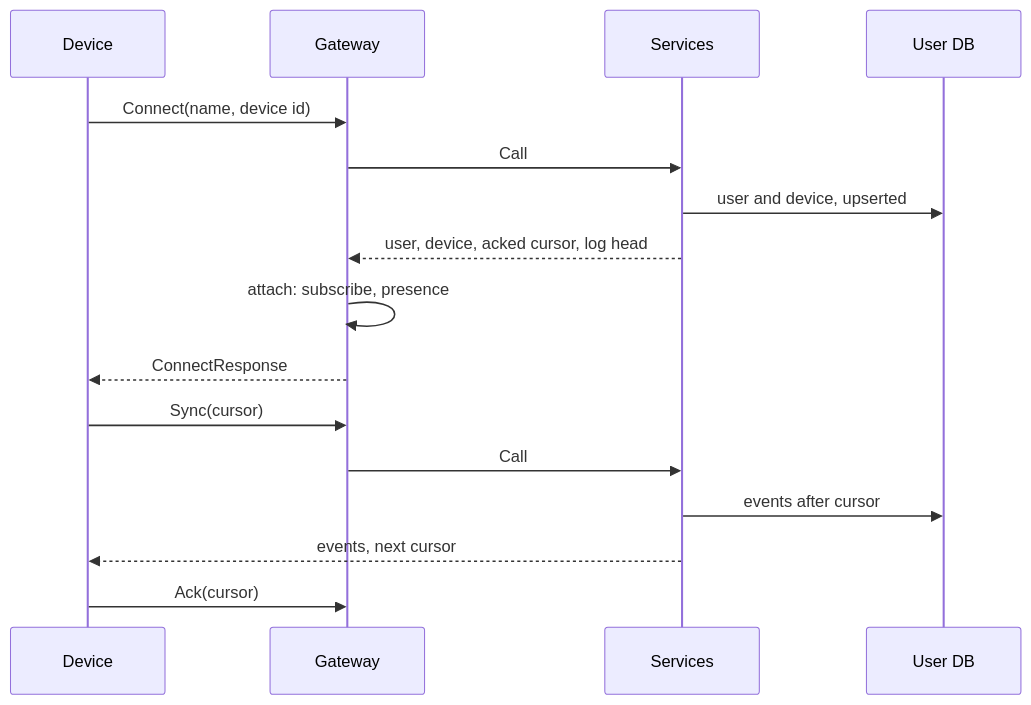
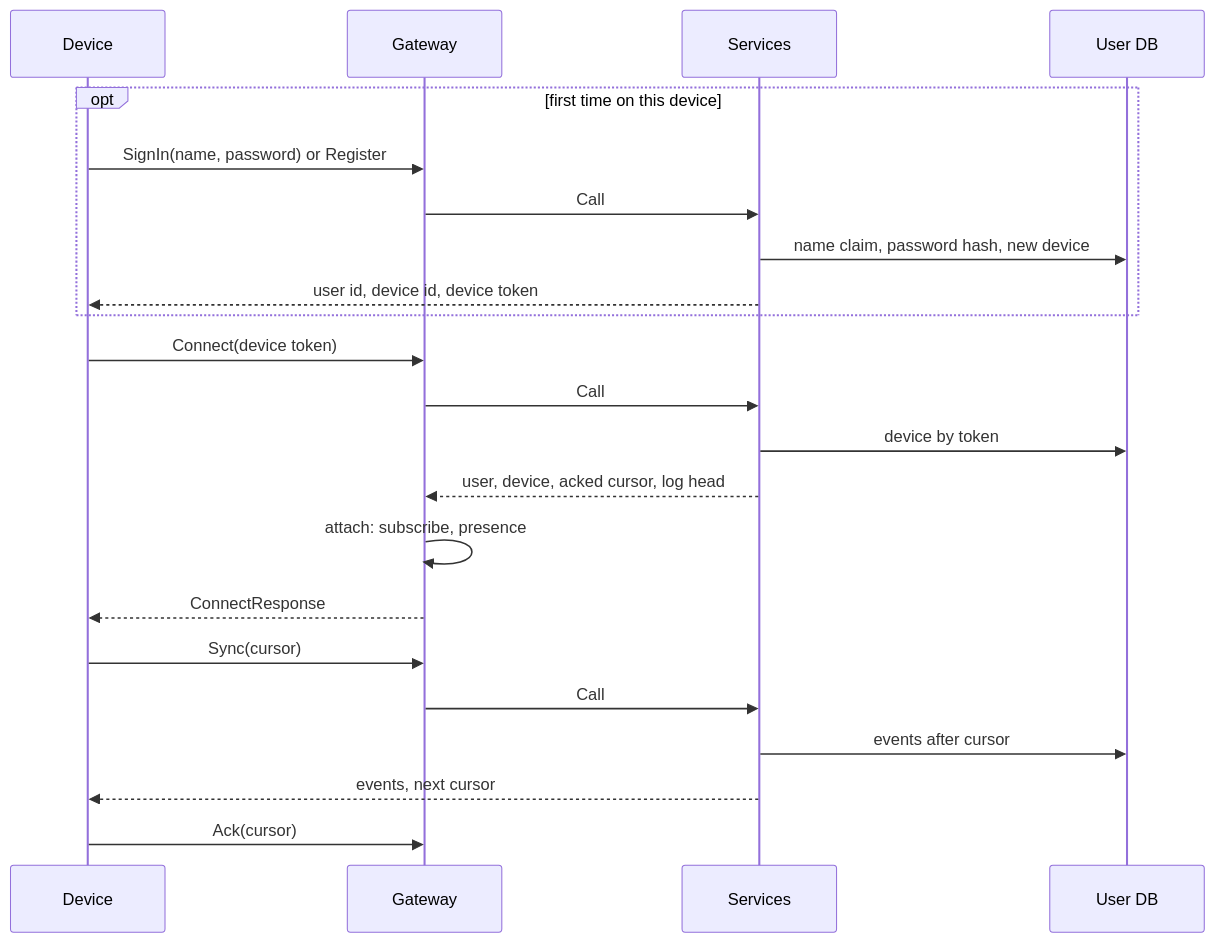
Before and after one commit to vlumi/wrinkle: the second of 4 diagrams in docs/architecture.md, drawn with Mermaid. The commit also changed other lines of this file and 5 other files, not shown here.

Commit message:
Docs: accounts, claims and profile fan-out in the architecture; TLS on the local network, also across several Macs; roadmap gaps

````diff
--- a/docs/architecture.md
+++ b/docs/architecture.md
@@ -67,18 +83,24 @@
 ```mermaid
 sequenceDiagram
   participant D as Device
   participant G as Gateway
   participant S as Services
   participant U as User DB
-  D->>G: Connect(name, device id)
+  opt first time on this device
+    D->>G: SignIn(name, password) or Register
+    G->>S: Call
+    S->>U: name claim, password hash, new device
+    S-->>D: user id, device id, device token
+  end
+  D->>G: Connect(device token)
   G->>S: Call
-  S->>U: user and device, upserted
+  S->>U: device by token
   S-->>G: user, device, acked cursor, log head
   G->>G: attach: subscribe, presence
   G-->>D: ConnectResponse
   D->>G: Sync(cursor)
   G->>S: Call
   S->>U: events after cursor
   S-->>D: events, next cursor
   D->>G: Ack(cursor)
 ```
````
